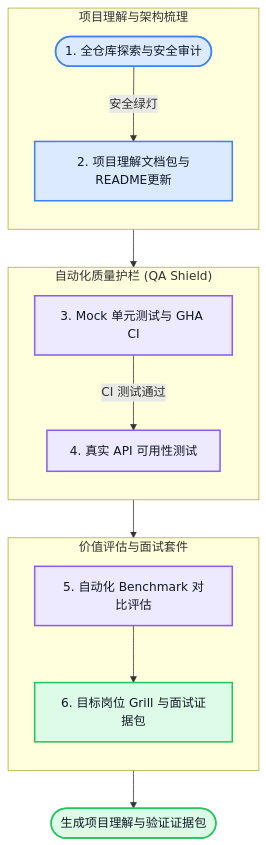
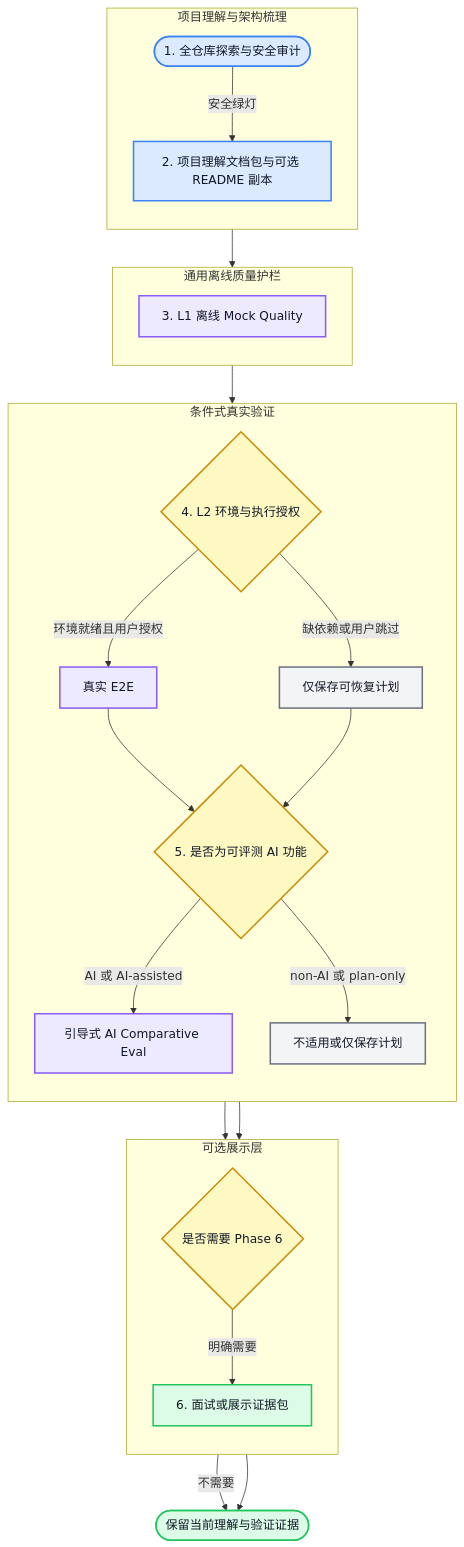
The diagram in README.md (Conradgui/project-verifier-skill), drawn with Mermaid before and after one commit. The commit also changed other lines of this file and 16 other files, not shown here.

````diff
--- a/README.md
+++ b/README.md
@@ -24,47 +24,71 @@
 ```mermaid
 flowchart TD
-    %% Node Definitions
     START([1. 全仓库探索与安全审计])
-    DIAGRAMS[2. 项目理解文档包与README更新]
-    MOCK_TESTS[3. Mock 单元测试与 GHA CI]
-    REAL_E2E[4. 真实 API 可用性测试]
-    BENCHMARK[5. 自动化 Benchmark 对比评估]
-    INTERVIEW[6. 目标岗位 Grill 与面试证据包]
-    END([生成项目理解与验证证据包])
+    DIAGRAMS[2. 项目理解文档包与可选 README 副本]
+    MOCK_TESTS[3. L1 离线 Mock Quality]
+    E2E_GATE{4. L2 环境与执行授权}
+    REAL_E2E[真实 E2E]
+    E2E_PLAN[仅保存可恢复计划]
+    EVAL_GATE{5. 是否为可评测 AI 功能}
+    BENCHMARK[引导式 AI Comparative Eval]
+    EVAL_PLAN[不适用或仅保存计划]
+    INTERVIEW_GATE{是否需要 Phase 6}
+    INTERVIEW[6. 面试或展示证据包]
+    END([保留当前理解与验证证据])
 
-    %% Connection Links
     START -->|安全绿灯| DIAGRAMS
     DIAGRAMS --> MOCK_TESTS
-    MOCK_TESTS -->|CI 测试通过| REAL_E2E
-    REAL_E2E --> BENCHMARK
-    BENCHMARK --> INTERVIEW
+    MOCK_TESTS --> E2E_GATE
+    E2E_GATE -->|环境就绪且用户授权| REAL_E2E
+    E2E_GATE -->|缺依赖或用户跳过| E2E_PLAN
+    REAL_E2E --> EVAL_GATE
+    E2E_PLAN --> EVAL_GATE
+    EVAL_GATE -->|AI 或 AI-assisted| BENCHMARK
+    EVAL_GATE -->|non-AI 或 plan-only| EVAL_PLAN
+    BENCHMARK --> INTERVIEW_GATE
+    EVAL_PLAN --> INTERVIEW_GATE
+    INTERVIEW_GATE -->|明确需要| INTERVIEW
+    INTERVIEW_GATE -->|不需要| END
     INTERVIEW --> END
 
     %% Subgraphs
     subgraph STAGE_UNDERSTAND["项目理解与架构梳理"]
         direction TB
         START
         DIAGRAMS
     end
 
-    subgraph STAGE_QA["自动化质量护栏 (QA Shield)"]
+    subgraph STAGE_QA["通用离线质量护栏"]
         direction TB
         MOCK_TESTS
-        REAL_E2E
     end
 
-    subgraph STAGE_EVAL["价值评估与面试套件"]
+    subgraph STAGE_LIVE["条件式真实验证"]
         direction TB
+        E2E_GATE
+        REAL_E2E
+        E2E_PLAN
+        EVAL_GATE
         BENCHMARK
+        EVAL_PLAN
+    end
+
+    subgraph STAGE_OPTIONAL["可选展示层"]
+        direction TB
+        INTERVIEW_GATE
         INTERVIEW
     end
 
     %% Class Defs & Styling
     classDef main fill:#dbeafe,stroke:#3b82f6,color:#111827,stroke-width:2px
     classDef harness fill:#ede9fe,stroke:#8b5cf6,color:#111827,stroke-width:2px
+    classDef decision fill:#fef9c3,stroke:#ca8a04,color:#111827,stroke-width:2px
+    classDef terminal fill:#f3f4f6,stroke:#6b7280,color:#111827,stroke-width:2px
     classDef success fill:#dcfce7,stroke:#22c55e,color:#111827,stroke-width:2px
-    
+
     class START,DIAGRAMS main
     class MOCK_TESTS,REAL_E2E,BENCHMARK harness
+    class E2E_GATE,EVAL_GATE,INTERVIEW_GATE decision
+    class E2E_PLAN,EVAL_PLAN terminal
     class INTERVIEW,END success
 ```
````
